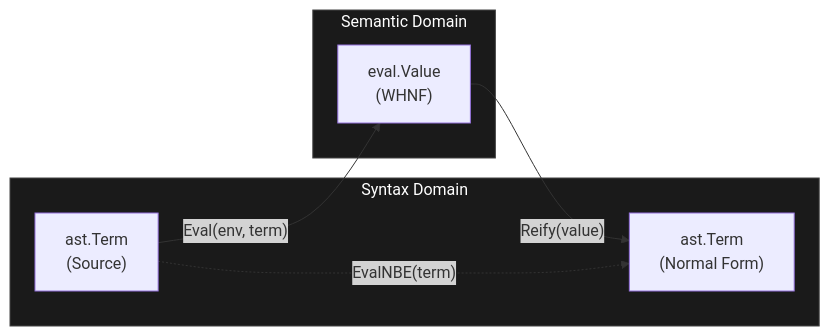
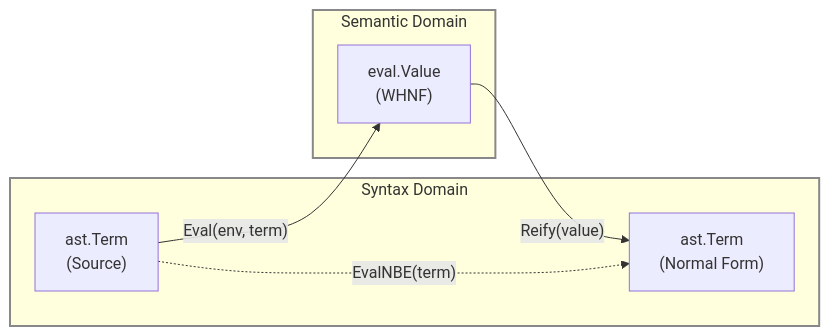
Before and after one commit to watchthelight/HypergraphGo: diagram 11 of 26 in DIAGRAMS.md, drawn with Mermaid. The commit also changed other lines of this file and 1 other file, not shown here.

Commit message:
Diagram updates

````diff
--- a/DIAGRAMS.md
+++ b/DIAGRAMS.md
@@ -857,19 +1107,19 @@
 ```mermaid
 flowchart LR
     subgraph Syntax["Syntax Domain"]
         Term["ast.Term<br/>(Source)"]
         NormalForm["ast.Term<br/>(Normal Form)"]
     end
 
     subgraph Semantics["Semantic Domain"]
         Value["eval.Value<br/>(WHNF)"]
     end
 
     Term -->|"Eval(env, term)"| Value
     Value -->|"Reify(value)"| NormalForm
 
     Term -.->|"EvalNBE(term)"| NormalForm
 
-    style Syntax fill:#1a1a1a,stroke:#444,color:#fff
-    style Semantics fill:#1a1a1a,stroke:#444,color:#fff
+    style Syntax stroke:#888,stroke-width:2px
+    style Semantics stroke:#888,stroke-width:2px
 ```
````
